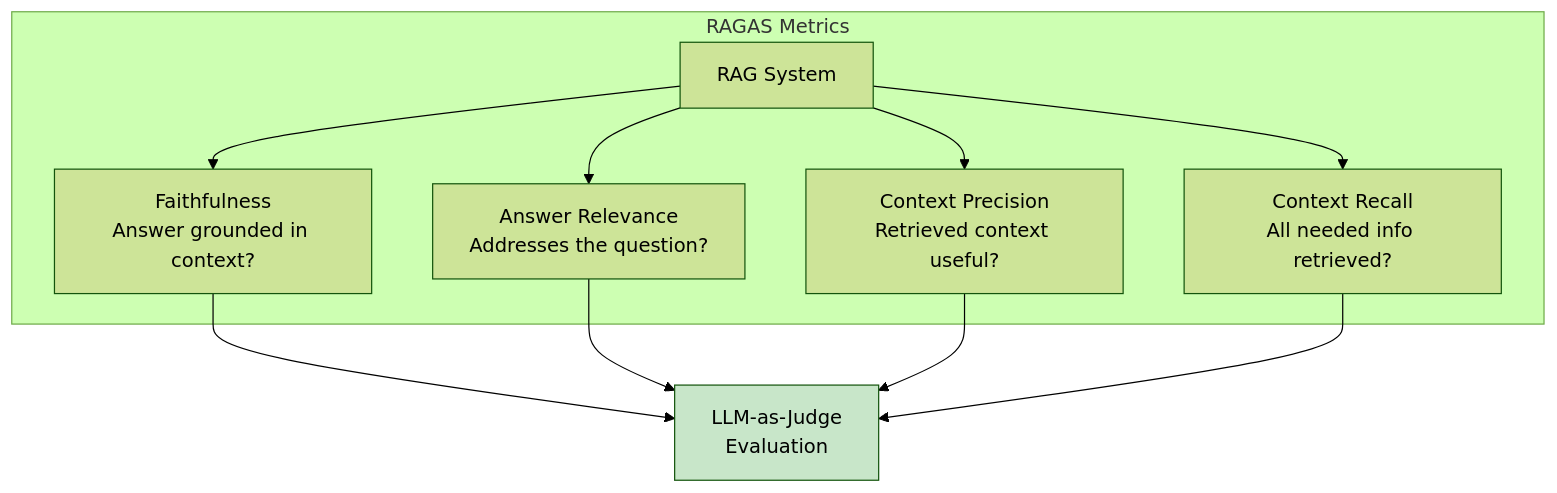
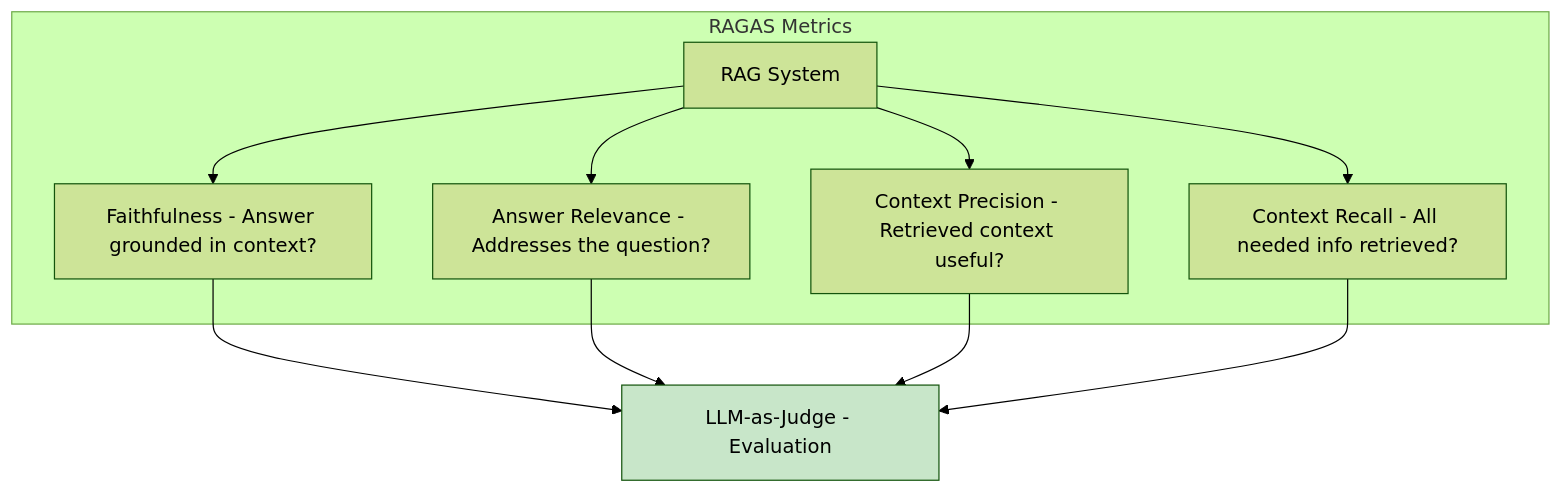
One commit to indhra/llm_rag_sec_findings changed the fifth of 8 diagrams in docs/learning/07-evaluation-metrics.md. Above: the diagram before and after it, drawn with Mermaid (forest theme). The commit also changed other lines of this file and 9 other files, not shown here.

````diff
--- a/docs/learning/07-evaluation-metrics.md
+++ b/docs/learning/07-evaluation-metrics.md
@@ -241,16 +241,16 @@
 ```mermaid
 graph TB
     subgraph "RAGAS Metrics"
-        R[RAG System] --> M1[Faithfulness<br/>Answer grounded in context?]
-        R --> M2[Answer Relevance<br/>Addresses the question?]
-        R --> M3[Context Precision<br/>Retrieved context useful?]
-        R --> M4[Context Recall<br/>All needed info retrieved?]
+        R[RAG System] --> M1[Faithfulness - Answer grounded in context?]
+        R --> M2[Answer Relevance - Addresses the question?]
+        R --> M3[Context Precision - Retrieved context useful?]
+        R --> M4[Context Recall - All needed info retrieved?]
     end
     
-    M1 --> E[LLM-as-Judge<br/>Evaluation]
+    M1 --> E[LLM-as-Judge - Evaluation]
     M2 --> E
     M3 --> E
     M4 --> E
     
     style E fill:#c8e6c9
 ```
````
